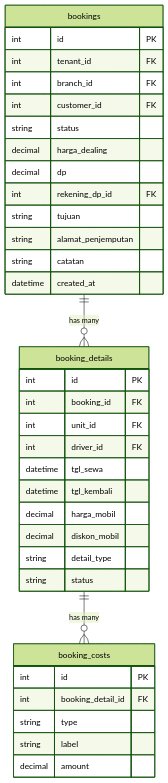
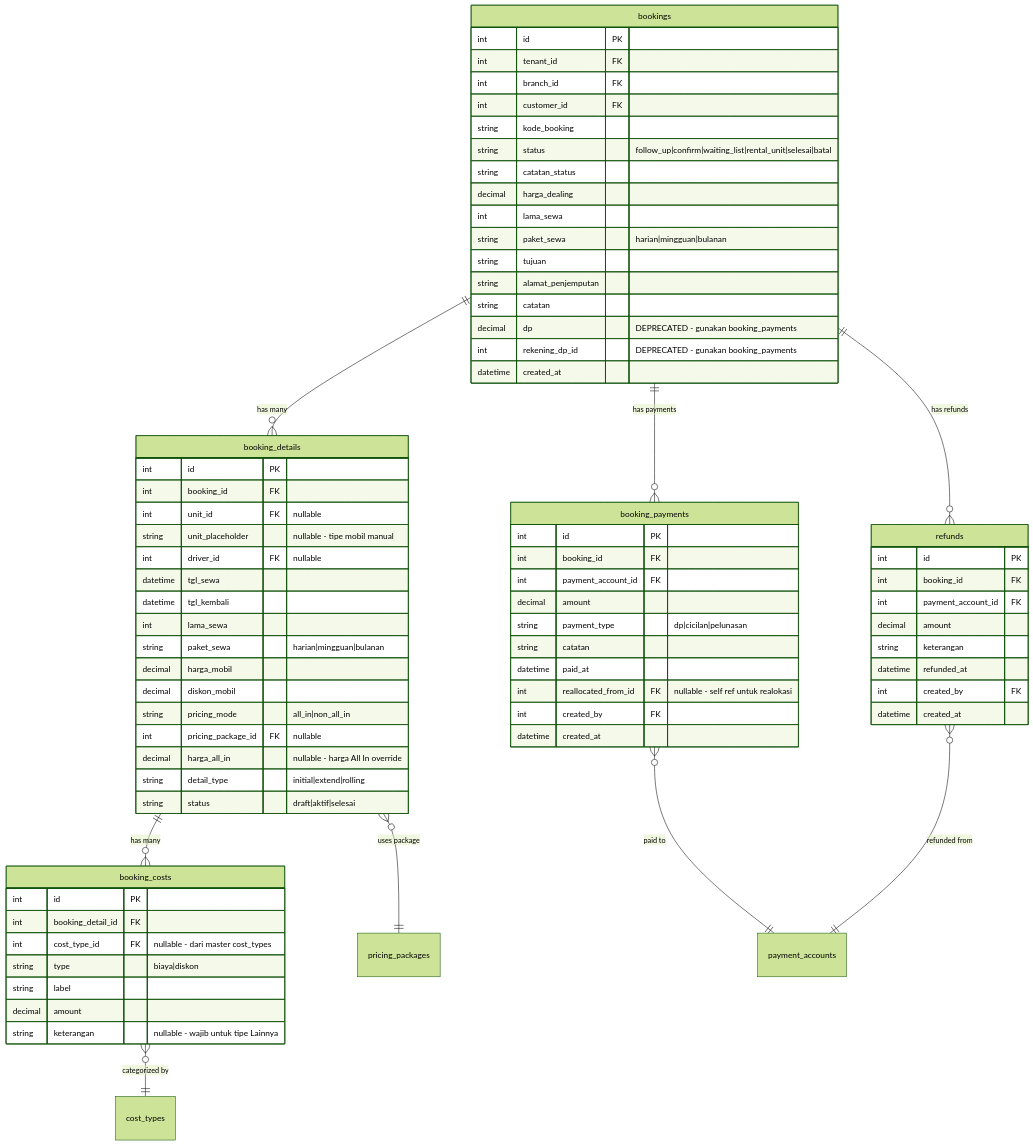
The diagram in prd/DRENT_PRD_04_booking_transaksi.md (it126sig-hash/drent2), drawn with Mermaid (forest theme) before and after one commit. The commit also changed other lines of this file and 108 other files, not shown here.

````diff
--- a/prd/DRENT_PRD_04_booking_transaksi.md
+++ b/prd/DRENT_PRD_04_booking_transaksi.md
@@ -136,37 +227,79 @@
         int tenant_id FK
         int branch_id FK
         int customer_id FK
-        string status
+        string kode_booking
+        string status "follow_up|confirm|waiting_list|rental_unit|selesai|batal"
+        string catatan_status
         decimal harga_dealing
-        decimal dp
-        int rekening_dp_id FK
+        int lama_sewa
+        string paket_sewa "harian|mingguan|bulanan"
         string tujuan
         string alamat_penjemputan
         string catatan
+        decimal dp "DEPRECATED - gunakan booking_payments"
+        int rekening_dp_id "DEPRECATED - gunakan booking_payments"
         datetime created_at
     }
 
     booking_details {
         int id PK
         int booking_id FK
-        int unit_id FK
-        int driver_id FK
+        int unit_id FK "nullable"
+        string unit_placeholder "nullable - tipe mobil manual"
+        int driver_id FK "nullable"
         datetime tgl_sewa
         datetime tgl_kembali
+        int lama_sewa
+        string paket_sewa "harian|mingguan|bulanan"
         decimal harga_mobil
         decimal diskon_mobil
-        string detail_type
-        string status
+        string pricing_mode "all_in|non_all_in"
+        int pricing_package_id FK "nullable"
+        decimal harga_all_in "nullable - harga All In override"
+        string detail_type "initial|extend|rolling"
+        string status "draft|aktif|selesai"
     }
 
     booking_costs {
         int id PK
         int booking_detail_id FK
-        string type
+        int cost_type_id FK "nullable - dari master cost_types"
+        string type "biaya|diskon"
         string label
         decimal amount
+        string keterangan "nullable - wajib untuk tipe Lainnya"
+    }
+
+    booking_payments {
+        int id PK
+        int booking_id FK
+        int payment_account_id FK
+        decimal amount
+        string payment_type "dp|cicilan|pelunasan"
+        string catatan
+        datetime paid_at
+        int reallocated_from_id FK "nullable - self ref untuk realokasi"
+        int created_by FK
+        datetime created_at
+    }
+
+    refunds {
+        int id PK
+        int booking_id FK
+        int payment_account_id FK
+        decimal amount
+        string keterangan
+        datetime refunded_at
+        int created_by FK
+        datetime created_at
     }
 
     bookings ||--o{ booking_details : "has many"
+    bookings ||--o{ booking_payments : "has payments"
+    bookings ||--o{ refunds : "has refunds"
     booking_details ||--o{ booking_costs : "has many"
+    booking_details }o--|| pricing_packages : "uses package"
+    booking_costs }o--|| cost_types : "categorized by"
+    booking_payments }o--|| payment_accounts : "paid to"
+    refunds }o--|| payment_accounts : "refunded from"
 ```
````
